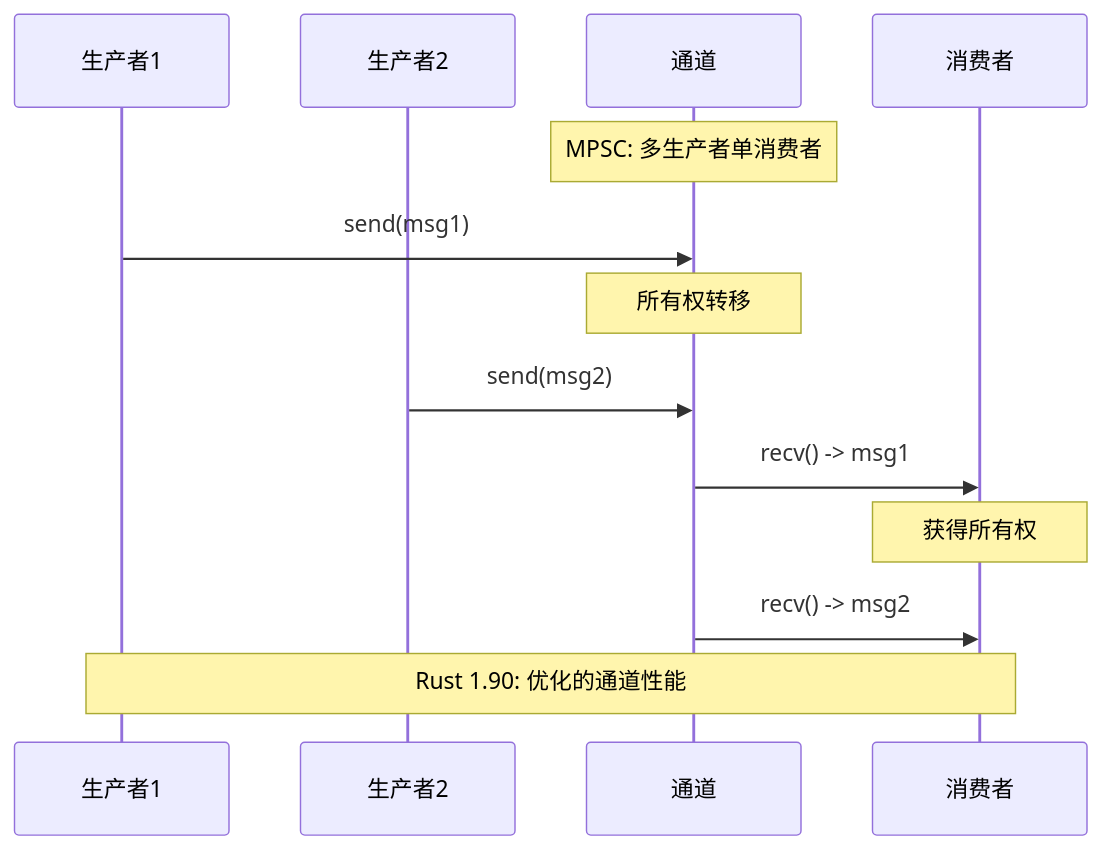
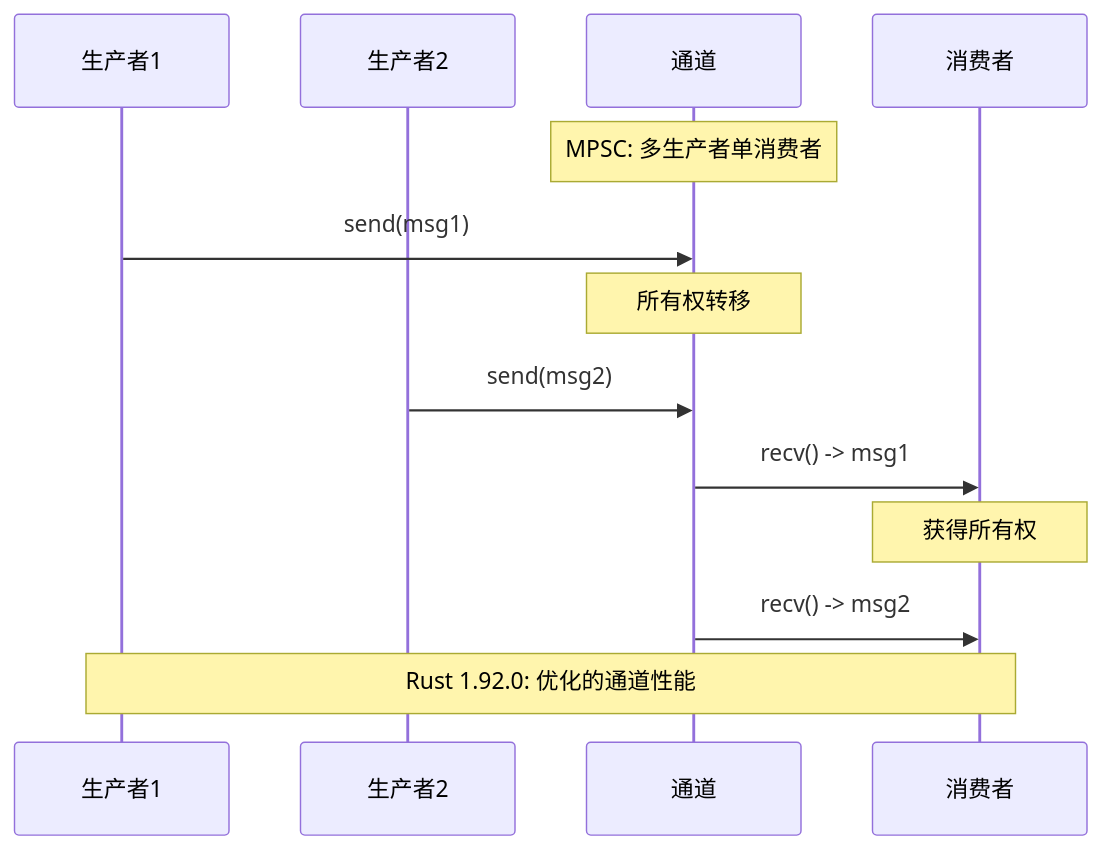
Before and after one commit to martin-ly/rust-lang: the second of 4 diagrams in crates/c05_threads/docs/02_message_passing.md, drawn with Mermaid. The commit also changed other lines of this file and 290 other files, not shown here.

````diff
--- a/crates/c05_threads/docs/02_message_passing.md
+++ b/crates/c05_threads/docs/02_message_passing.md
@@ -110,20 +110,20 @@
 ```mermaid
 sequenceDiagram
     participant P1 as 生产者1
     participant P2 as 生产者2
     participant Ch as 通道
     participant C as 消费者
 
     Note over Ch: MPSC: 多生产者单消费者
 
     P1->>Ch: send(msg1)
     Note over Ch: 所有权转移
     P2->>Ch: send(msg2)
 
     Ch->>C: recv() -> msg1
     Note over C: 获得所有权
 
     Ch->>C: recv() -> msg2
 
-    Note over P1,C: Rust 1.90: 优化的通道性能
+    Note over P1,C: Rust 1.92.0: 优化的通道性能
 ```
````
